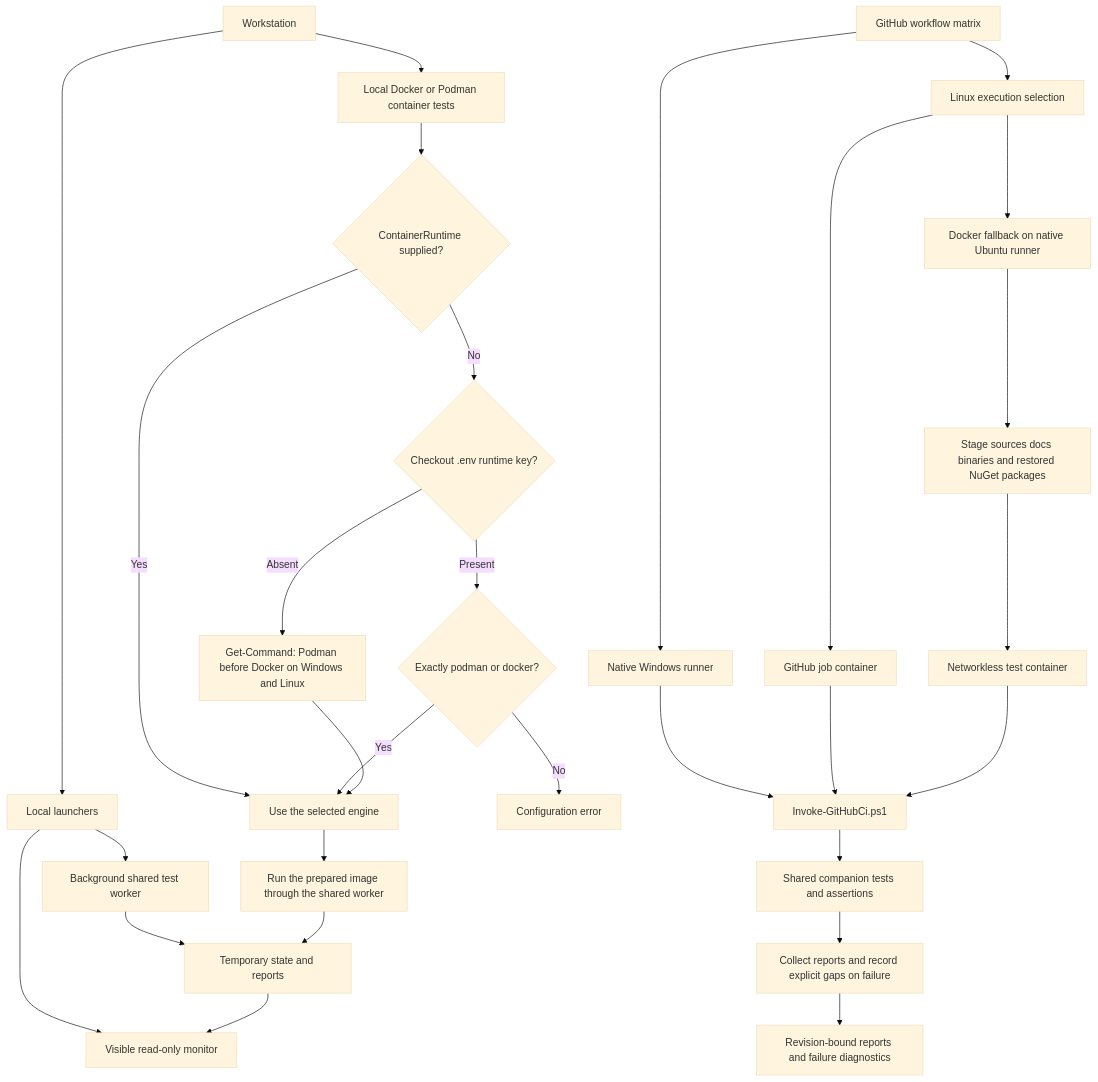
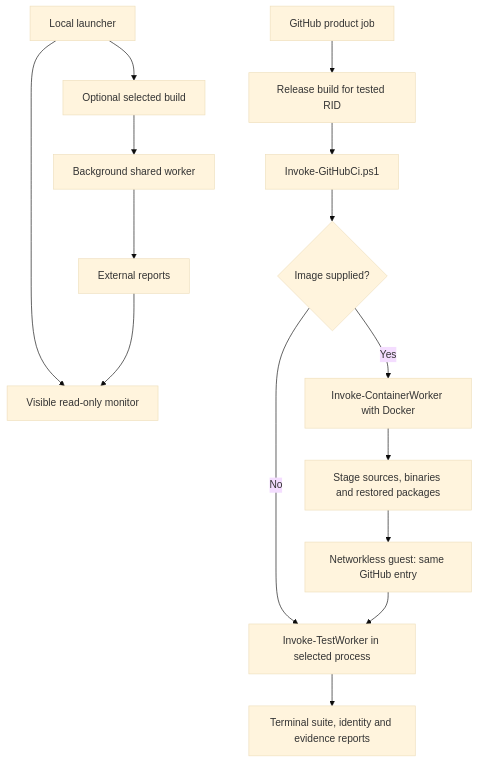
Before and after one commit to FrenchExDev2/QuietCli.PoSh: the first of 4 diagrams in docs/ci/execution-model.md, drawn with Mermaid (base theme). The commit also changed other lines of this file and 116 other files, not shown here.

````diff
--- a/docs/ci/execution-model.md
+++ b/docs/ci/execution-model.md
@@ -16,31 +11,17 @@
 ```mermaid
 flowchart TD
-    A[Workstation] --> L[Local launchers]
-    L --> W[Background shared test worker]
-    L --> M[Visible read-only monitor]
-    W --> R[Temporary state and reports]
-    R --> M
-    A --> P[Local Docker or Podman container tests]
-    P --> VR{ContainerRuntime supplied?}
-    VR -- Yes --> VE[Use the selected engine]
-    VR -- No --> VK{Checkout .env runtime key?}
-    VK -- Absent --> VA[Get-Command: Podman before Docker on Windows and Linux]
-    VK -- Present --> VV{Exactly podman or docker?}
-    VV -- Yes --> VE
-    VV -- No --> VF[Configuration error]
-    VA --> VE
-    VE --> VC[Run the prepared image through the shared worker]
-    VC --> R
-    G[GitHub workflow matrix] --> GW[Native Windows runner]
-    G --> GL[Linux execution selection]
-    GW --> E[Invoke-GitHubCi.ps1]
-    GL --> C[GitHub job container]
-    GL --> D[Docker fallback on native Ubuntu runner]
-    C --> E
-    D --> S[Stage sources docs binaries and restored NuGet packages]
-    S --> DC[Networkless test container]
-    DC --> E
-    E --> T[Shared companion tests and assertions]
-    T --> B[Collect reports and record explicit gaps on failure]
-    B --> F[Revision-bound reports and failure diagnostics]
+    LOCAL[Local launcher] --> BUILD[Optional selected build]
+    BUILD --> LW[Background shared worker]
+    LW --> REPORT[External reports]
+    LOCAL --> MON[Visible read-only monitor]
+    REPORT --> MON
+    GH[GitHub product job] --> GB[Release build for tested RID]
+    GB --> ENTRY[Invoke-GitHubCi.ps1]
+    ENTRY --> MODE{Image supplied?}
+    MODE -- No --> WORK[Invoke-TestWorker in selected process]
+    MODE -- Yes --> TRANS[Invoke-ContainerWorker with Docker]
+    TRANS --> OFF[Stage sources, binaries and restored packages]
+    OFF --> GUEST[Networkless guest: same GitHub entry]
+    GUEST --> WORK
+    WORK --> RESULT[Terminal suite, identity and evidence reports]
 ```
````
